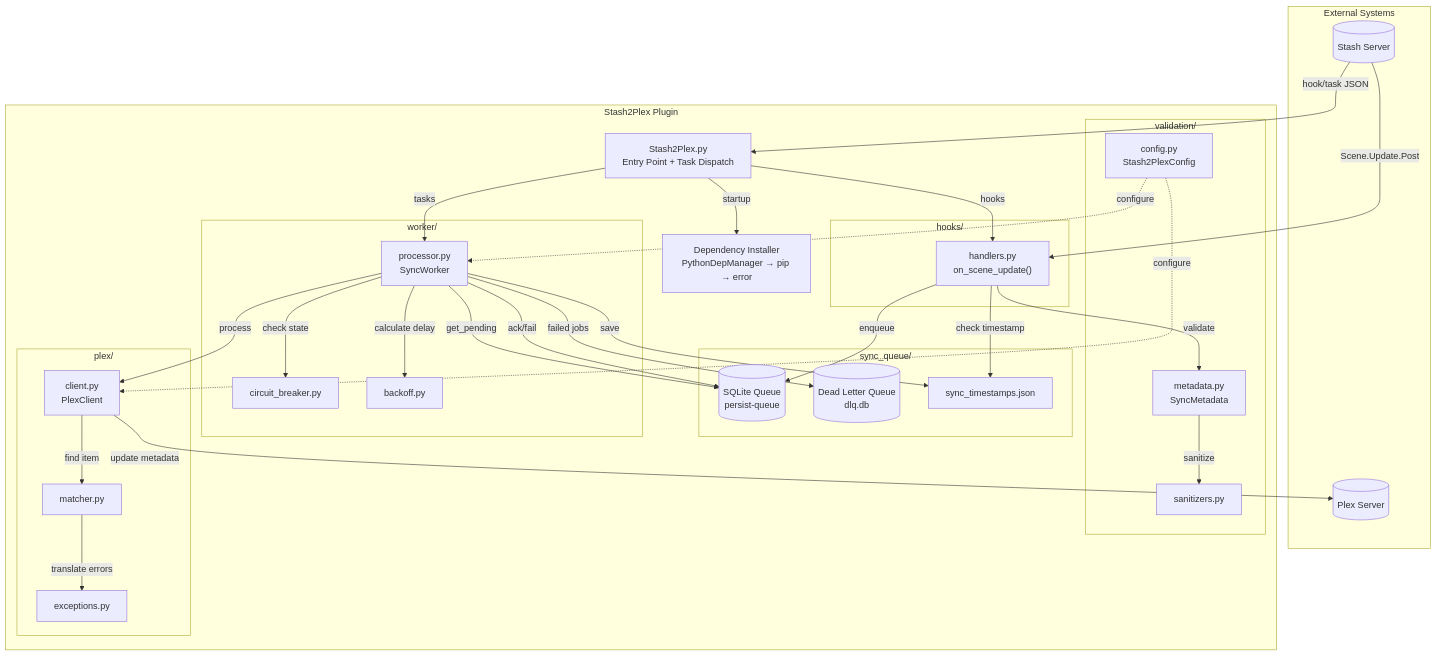
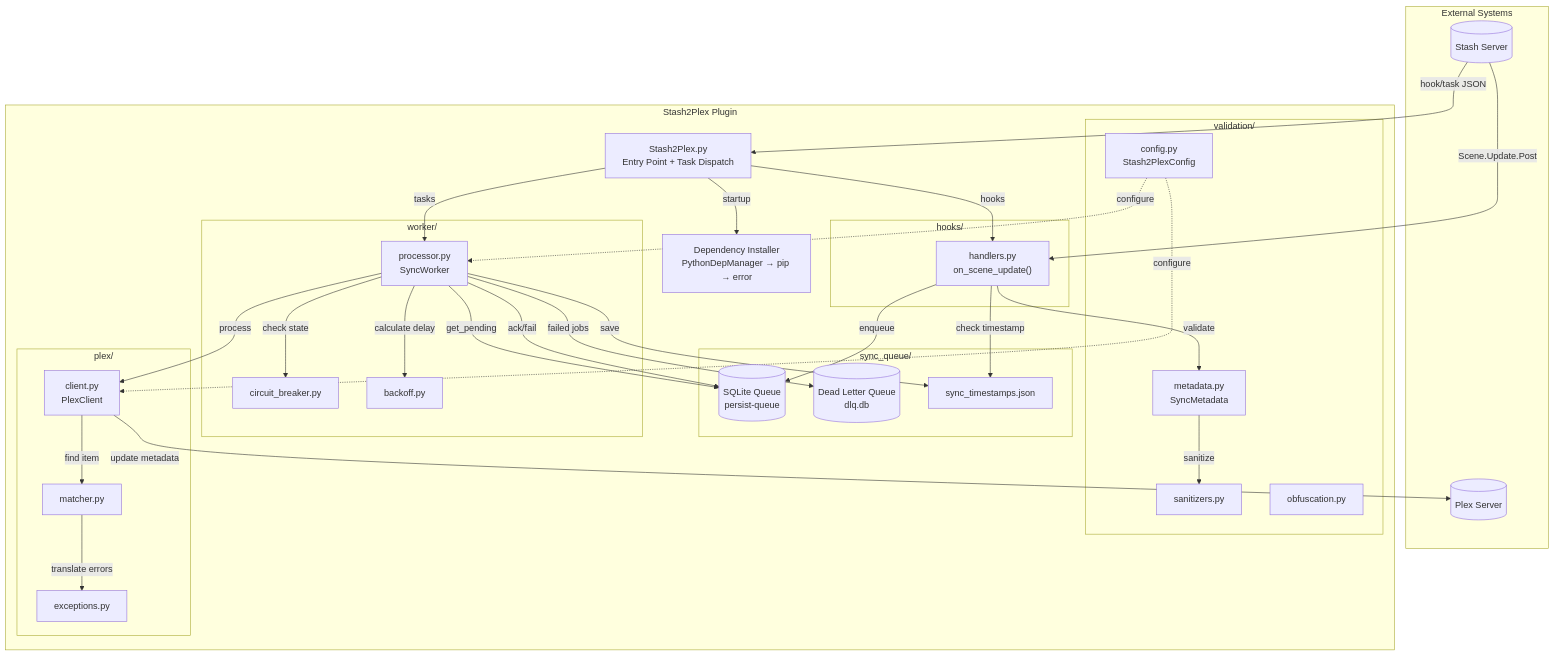
The diagram in docs/ARCHITECTURE.md (trek-e/Stash2Plex), drawn with Mermaid before and after one commit. The commit also changed other lines of this file and 3 other files, not shown here.

First line of the commit message:
docs: update changelog, config, troubleshooting, and architecture for v1.3.0-v1.3.3

````diff
--- a/docs/ARCHITECTURE.md
+++ b/docs/ARCHITECTURE.md
@@ -13,71 +13,72 @@
 ```mermaid
 graph TB
     subgraph External["External Systems"]
         STASH[("Stash Server")]
         PLEX[("Plex Server")]
     end
 
     subgraph Stash2Plex["Stash2Plex Plugin"]
         ENTRY["Stash2Plex.py<br/>Entry Point + Task Dispatch"]
         DEPS["Dependency Installer<br/>PythonDepManager → pip → error"]
 
         subgraph hooks["hooks/"]
             HANDLER["handlers.py<br/>on_scene_update()"]
         end
 
         subgraph validation["validation/"]
             META["metadata.py<br/>SyncMetadata"]
             SANITIZE["sanitizers.py"]
             CONFIG["config.py<br/>Stash2PlexConfig"]
+            OBFUSCATE["obfuscation.py"]
         end
 
         subgraph sync_queue["sync_queue/"]
             QUEUE[("SQLite Queue<br/>persist-queue")]
             DLQ[("Dead Letter Queue<br/>dlq.db")]
             TIMESTAMPS["sync_timestamps.json"]
         end
 
         subgraph worker["worker/"]
             WORKER["processor.py<br/>SyncWorker"]
             CIRCUIT["circuit_breaker.py"]
             BACKOFF["backoff.py"]
         end
 
         subgraph plex["plex/"]
             CLIENT["client.py<br/>PlexClient"]
             MATCHER["matcher.py"]
             ERRORS["exceptions.py"]
         end
     end
 
     %% Startup flow
     ENTRY -->|startup| DEPS
     STASH -->|"hook/task JSON"| ENTRY
     ENTRY -->|hooks| HANDLER
     ENTRY -->|tasks| WORKER
 
     %% Event capture flow
     STASH -->|"Scene.Update.Post"| HANDLER
     HANDLER -->|validate| META
     META -->|sanitize| SANITIZE
     HANDLER -->|enqueue| QUEUE
     HANDLER -->|check timestamp| TIMESTAMPS
 
     %% Worker processing flow
     WORKER -->|get_pending| QUEUE
     WORKER -->|check state| CIRCUIT
     WORKER -->|calculate delay| BACKOFF
     WORKER -->|process| CLIENT
     CLIENT -->|find item| MATCHER
     MATCHER -->|translate errors| ERRORS
     CLIENT -->|update metadata| PLEX
 
     %% Completion flow
     WORKER -->|ack/fail| QUEUE
     WORKER -->|failed jobs| DLQ
     WORKER -->|save| TIMESTAMPS
 
     %% Configuration
     CONFIG -.->|configure| WORKER
     CONFIG -.->|configure| CLIENT
 ```
````
